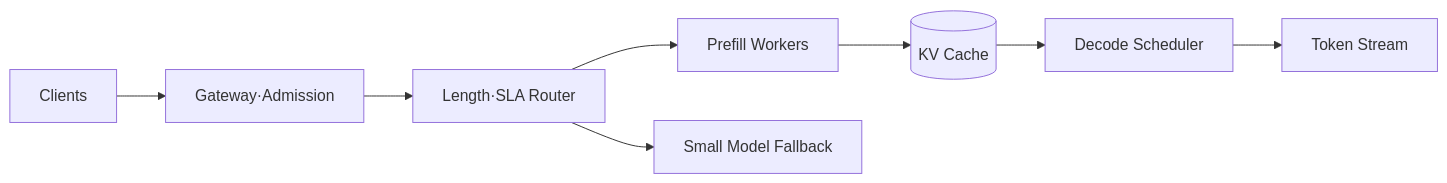
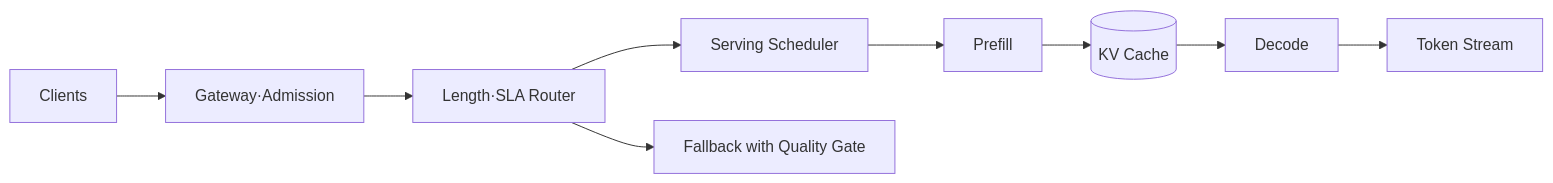
One commit to hyeongseoblim/systemdesign changed the diagram in apps/api/src/main/resources/content/ai-11-inference-serving-design.md. Above: the diagram before and after it, drawn with Mermaid. The commit also changed other lines of this file and 96 other files, not shown here.

````diff
--- a/apps/api/src/main/resources/content/ai-11-inference-serving-design.md
+++ b/apps/api/src/main/resources/content/ai-11-inference-serving-design.md
@@ -24,10 +24,11 @@
 ```mermaid
 flowchart LR
     C[Clients] --> G[Gateway·Admission]
     G --> R[Length·SLA Router]
-    R --> P[Prefill Workers]
+    R --> W[Serving Scheduler]
+    W --> P[Prefill]
     P --> K[(KV Cache)]
-    K --> D[Decode Scheduler]
+    K --> D[Decode]
     D --> S[Token Stream]
-    R --> F[Small Model Fallback]
+    R --> F[Fallback with Quality Gate]
 ```
````
